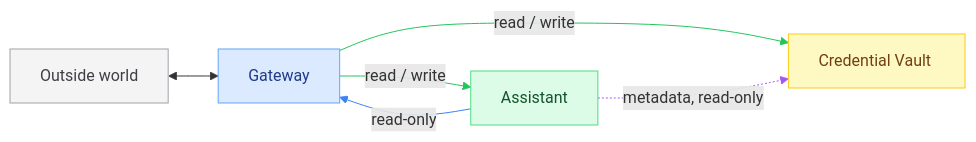
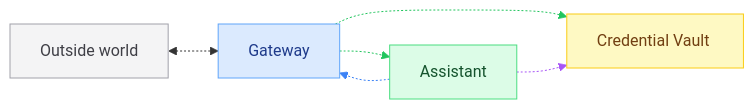
One commit to vargasjr-dev/mycadet-temp changed the second of 3 diagrams in clients/docs/src/content/architecture.md. Above: the diagram before and after it, drawn with Mermaid. The commit also changed other lines of this file and 6 other files, not shown here.

````diff
--- a/clients/docs/src/content/architecture.md
+++ b/clients/docs/src/content/architecture.md
@@ -50,22 +50,22 @@
 ```mermaid
 flowchart LR
   classDef world fill:#f4f4f5,stroke:#a1a1aa,color:#3f3f46
   classDef gateway fill:#dbeafe,stroke:#60a5fa,color:#1e3a8a
   classDef assistant fill:#dcfce7,stroke:#4ade80,color:#14532d
   classDef vault fill:#fef9c3,stroke:#facc15,color:#713f12
 
   World["Outside world"]:::world
   Gateway["Gateway"]:::gateway
   Assistant["Assistant"]:::assistant
   CES["Credential Vault&nbsp;"]:::vault
 
-  World <--> Gateway
-  Gateway -->|"read / write"| Assistant
-  Assistant -->|"read-only"| Gateway
-  Gateway -->|"read / write"| CES
-  Assistant -.->|"metadata, read-only"| CES
+  World <-.-> Gateway
+  Gateway -.-> Assistant
+  Assistant -.-> Gateway
+  Gateway -.-> CES
+  Assistant -.-> CES
   linkStyle 1 stroke:#22c55e
   linkStyle 2 stroke:#3b82f6
   linkStyle 3 stroke:#22c55e
   linkStyle 4 stroke:#a855f7
 ```
````
